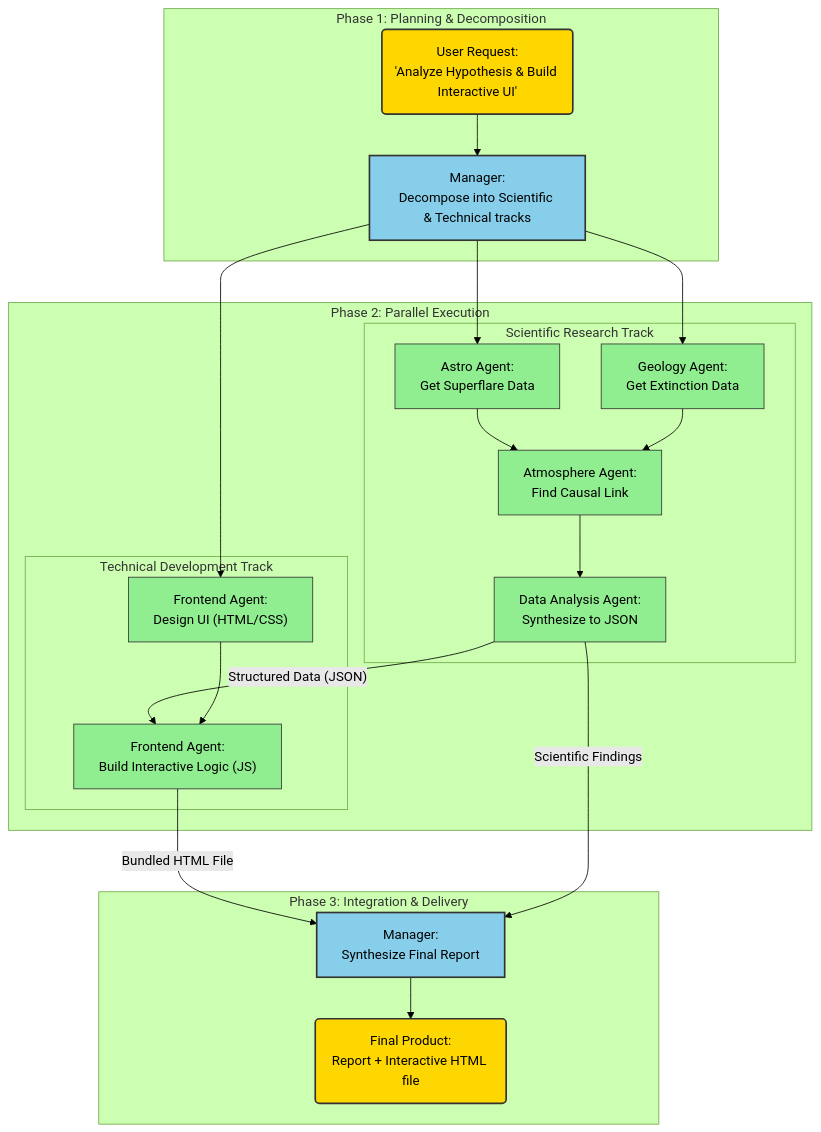
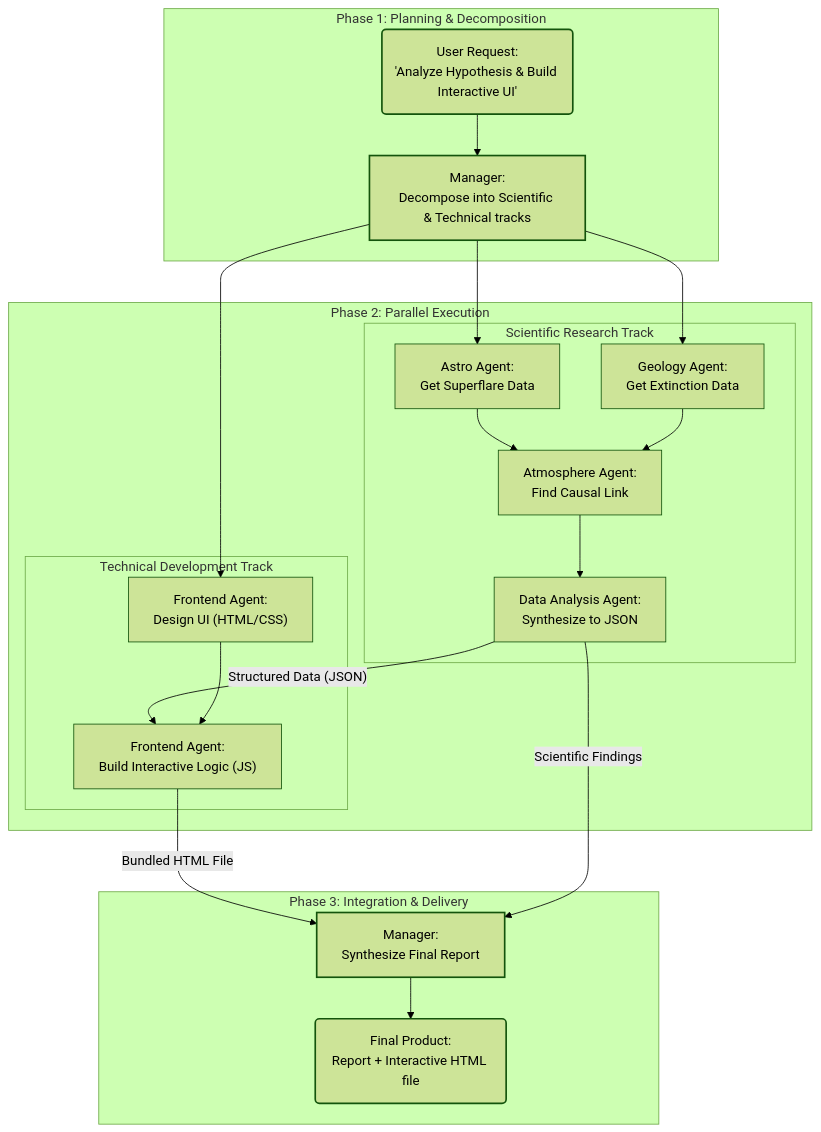
The fourth of 4 diagrams in MANUSCRIPT-EN.md (halmousama/OAC), drawn with Mermaid (forest theme) before and after one commit. The commit also changed other lines of this file and 5 other files, not shown here.

Commit message:
Enhance the diagrams colors.

````diff
--- a/MANUSCRIPT-EN.md
+++ b/MANUSCRIPT-EN.md
@@ -307,48 +307,48 @@
 ```mermaid
 graph TD
     subgraph "Phase 1: Planning & Decomposition"
         Start("User Request:<br/>'Analyze Hypothesis & Build Interactive UI'")
         M1["Manager:<br/>Decompose into Scientific & Technical tracks"]
     end
 
     subgraph "Phase 2: Parallel Execution"
         subgraph "Scientific Research Track"
             SA1["Astro Agent:<br/>Get Superflare Data"]
             SA2["Geology Agent:<br/>Get Extinction Data"]
             SA3["Atmosphere Agent:<br/>Find Causal Link"]
             SA4["Data Analysis Agent:<br/>Synthesize to JSON"]
         end
         subgraph "Technical Development Track"
             TA1["Frontend Agent:<br/>Design UI (HTML/CSS)"]
             TA2["Frontend Agent:<br/>Build Interactive Logic (JS)"]
         end
     end
 
     subgraph "Phase 3: Integration & Delivery"
         M2["Manager:<br/>Synthesize Final Report"]
         End("Final Product:<br/>Report + Interactive HTML file")
     end
 
     Start --> M1
     M1 --> SA1 & SA2
     SA1 & SA2 --> SA3
     SA3 --> SA4
     M1 --> TA1
     
     %% Dependency Link: Technical track waits for data from the scientific track
     SA4 -- "Structured Data (JSON)" --> TA2
     
     TA1 --> TA2
     TA2 -- "Bundled HTML File" --> M2
     SA4 -- "Scientific Findings" --> M2
     M2 --> End
 
-    classDef phase fill:#FFFACD,stroke:#333,stroke-width:2px;
-    classDef manager fill:#87CEEB,stroke:#333,stroke-width:2px;
-    classDef agent fill:#90EE90,stroke:#333,stroke-width:1px;
-    classDef final fill:#FFD700,stroke:#333,stroke-width:2px;
+    classDef phase stroke-width:2px;
+    classDef manager stroke-width:2px;
+    classDef agent stroke-width:1px;
+    classDef final stroke-width:2px;
 
     class Start,End final;
     class M1,M2 manager;
     class SA1,SA2,SA3,SA4,TA1,TA2 agent;
 ```
````
